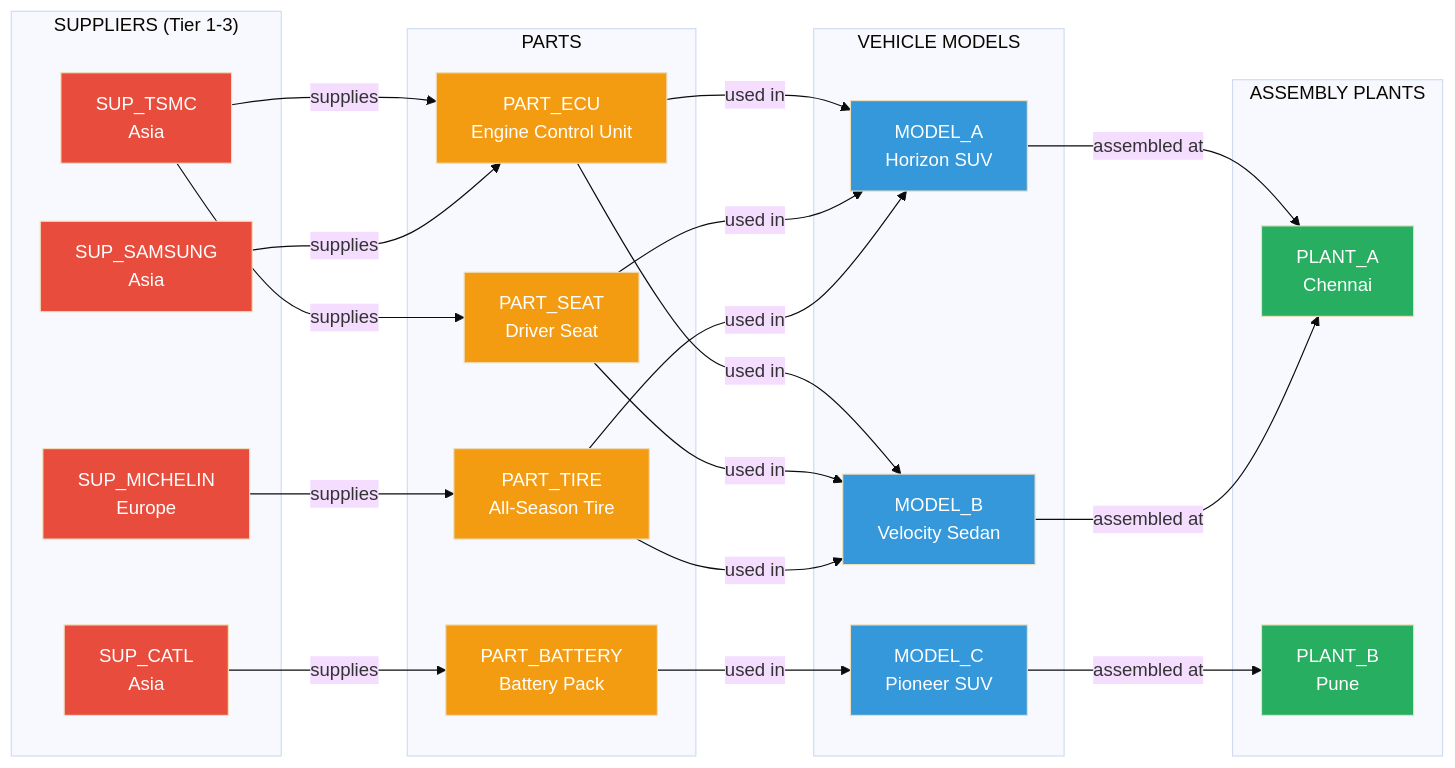
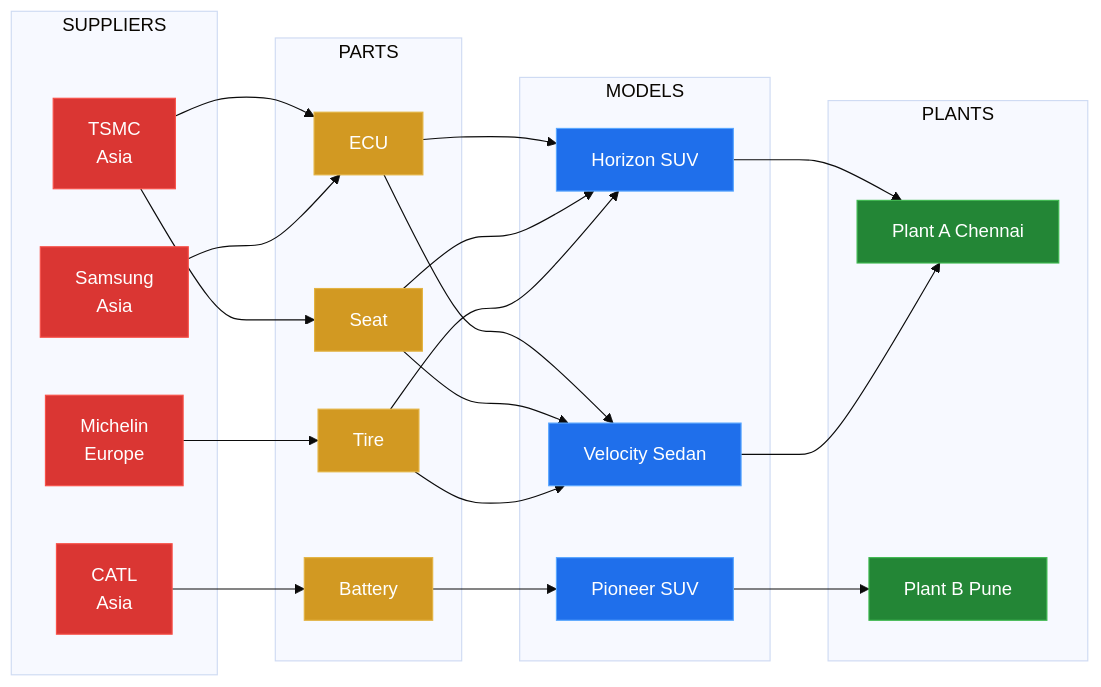
One commit to santhoshkrishnan-M/SCM-connector changed the fourth of 13 diagrams in README.md. Above: the diagram before and after it, drawn with Mermaid (base theme). The commit also changed other lines of this file, not shown here.

````diff
--- a/README.md
+++ b/README.md
@@ -279,54 +186,43 @@
 ```mermaid
 graph LR
-    subgraph Suppliers["SUPPLIERS (Tier 1-3)"]
-        SUP1["SUP_TSMC<br/>Asia"]
-        SUP2["SUP_SAMSUNG<br/>Asia"]
-        SUP3["SUP_CATL<br/>Asia"]
-        SUP4["SUP_MICHELIN<br/>Europe"]
+    subgraph TIER["SUPPLIERS"]
+        SUP1["TSMC<br/>Asia"]:::red
+        SUP2["Samsung<br/>Asia"]:::red
+        SUP3["CATL<br/>Asia"]:::red
+        SUP4["Michelin<br/>Europe"]:::red
     end
 
-    subgraph Parts["PARTS"]
-        ECU["PART_ECU<br/>Engine Control Unit"]
-        BAT["PART_BATTERY<br/>Battery Pack"]
-        SEAT["PART_SEAT<br/>Driver Seat"]
-        TIRE["PART_TIRE<br/>All-Season Tire"]
+    subgraph PARTS["PARTS"]
+        ECU["ECU"]:::orange
+        BAT["Battery"]:::orange
+        SEAT["Seat"]:::orange
+        TIRE["Tire"]:::orange
     end
 
-    subgraph Models["VEHICLE MODELS"]
-        M1["MODEL_A<br/>Horizon SUV"]
-        M2["MODEL_B<br/>Velocity Sedan"]
-        M3["MODEL_C<br/>Pioneer SUV"]
+    subgraph MODELS["MODELS"]
+        M1["Horizon SUV"]:::blue
+        M2["Velocity Sedan"]:::blue
+        M3["Pioneer SUV"]:::blue
     end
 
-    subgraph Plants["ASSEMBLY PLANTS"]
-        P1["PLANT_A<br/>Chennai"]
-        P2["PLANT_B<br/>Pune"]
+    subgraph PLANTS["PLANTS"]
+        P1["Plant A Chennai"]:::green
+        P2["Plant B Pune"]:::green
     end
 
-    SUP1 & SUP2 -->|supplies| ECU
-    SUP3 -->|supplies| BAT
-    SUP4 -->|supplies| TIRE
-    SUP1 -->|supplies| SEAT
+    SUP1 & SUP2 --> ECU
+    SUP3 --> BAT
+    SUP4 --> TIRE
+    SUP1 --> SEAT
 
-    ECU -->|used in| M1 & M2
-    BAT -->|used in| M3
-    SEAT -->|used in| M1 & M2
-    TIRE -->|used in| M1 & M2
+    ECU & SEAT & TIRE --> M1 & M2
+    BAT --> M3
 
-    M1 & M2 -->|assembled at| P1
-    M3 -->|assembled at| P2
+    M1 & M2 --> P1
+    M3 --> P2
 
-    style SUP1 fill:#e74c3c,color:#fff
-    style SUP2 fill:#e74c3c,color:#fff
-    style SUP3 fill:#e74c3c,color:#fff
-    style SUP4 fill:#e74c3c,color:#fff
-    style ECU fill:#f39c12,color:#fff
-    style BAT fill:#f39c12,color:#fff
-    style SEAT fill:#f39c12,color:#fff
-    style TIRE fill:#f39c12,color:#fff
-    style M1 fill:#3498db,color:#fff
-    style M2 fill:#3498db,color:#fff
-    style M3 fill:#3498db,color:#fff
-    style P1 fill:#27ae60,color:#fff
-    style P2 fill:#27ae60,color:#fff
+    classDef red fill:#da3633,stroke:#f85149,color:#fff
+    classDef orange fill:#d29922,stroke:#e3b341,color:#fff
+    classDef blue fill:#1f6feb,stroke:#58a6ff,color:#fff
+    classDef green fill:#238636,stroke:#3fb950,color:#fff
 ```
````
